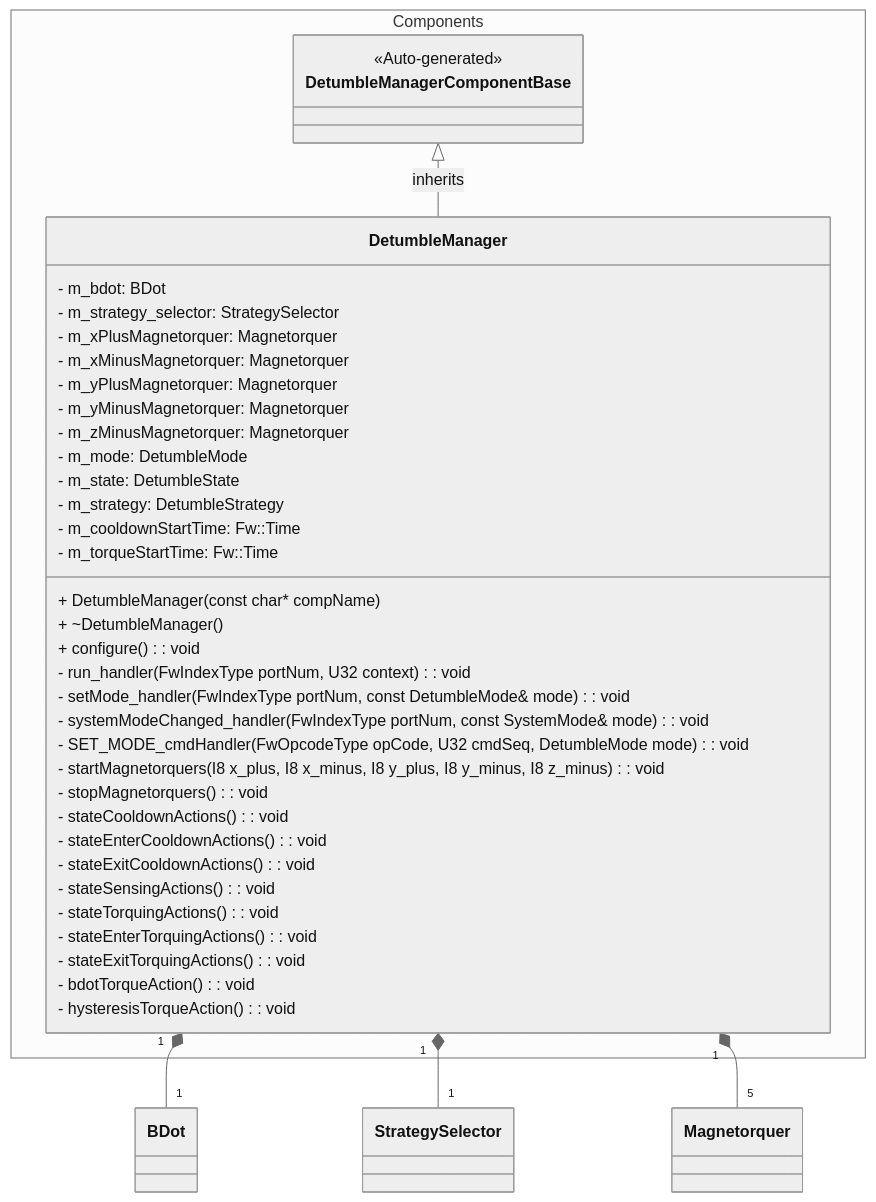
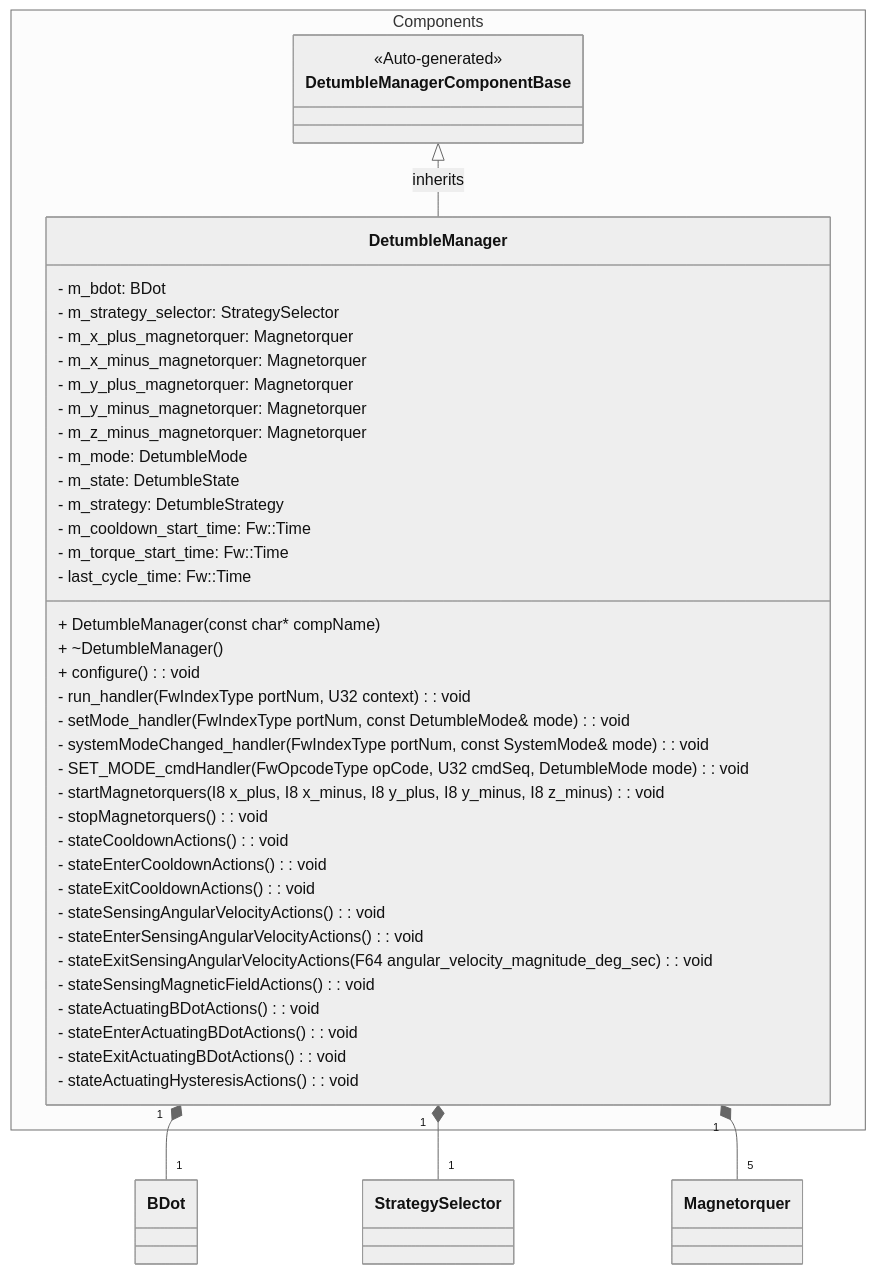
Before and after one commit to Open-Source-Space-Foundation/proves-core-reference: the first of 5 diagrams in FprimeZephyrReference/Components/DetumbleManager/docs/sdd.md, drawn with Mermaid (neutral theme). The commit also changed other lines of this file and 2 other files, not shown here.

````diff
--- a/FprimeZephyrReference/Components/DetumbleManager/docs/sdd.md
+++ b/FprimeZephyrReference/Components/DetumbleManager/docs/sdd.md
@@ -29,45 +32,48 @@
 ```mermaid
 classDiagram
     namespace Components {
         class DetumbleManagerComponentBase {
             <<Auto-generated>>
         }
         class DetumbleManager {
             + DetumbleManager(const char* compName)
             + ~DetumbleManager()
             + configure(): void
             - run_handler(FwIndexType portNum, U32 context): void
             - setMode_handler(FwIndexType portNum, const DetumbleMode& mode): void
             - systemModeChanged_handler(FwIndexType portNum, const SystemMode& mode): void
             - SET_MODE_cmdHandler(FwOpcodeType opCode, U32 cmdSeq, DetumbleMode mode): void
             - startMagnetorquers(I8 x_plus, I8 x_minus, I8 y_plus, I8 y_minus, I8 z_minus): void
             - stopMagnetorquers(): void
             - stateCooldownActions(): void
             - stateEnterCooldownActions(): void
             - stateExitCooldownActions(): void
-            - stateSensingActions(): void
-            - stateTorquingActions(): void
-            - stateEnterTorquingActions(): void
-            - stateExitTorquingActions(): void
-            - bdotTorqueAction(): void
-            - hysteresisTorqueAction(): void
+            - stateSensingAngularVelocityActions(): void
+            - stateEnterSensingAngularVelocityActions(): void
+            - stateExitSensingAngularVelocityActions(F64 angular_velocity_magnitude_deg_sec): void
+            - stateSensingMagneticFieldActions(): void
+            - stateActuatingBDotActions(): void
+            - stateEnterActuatingBDotActions(): void
+            - stateExitActuatingBDotActions(): void
+            - stateActuatingHysteresisActions(): void
             - m_bdot: BDot
             - m_strategy_selector: StrategySelector
-            - m_xPlusMagnetorquer: Magnetorquer
-            - m_xMinusMagnetorquer: Magnetorquer
-            - m_yPlusMagnetorquer: Magnetorquer
-            - m_yMinusMagnetorquer: Magnetorquer
-            - m_zMinusMagnetorquer: Magnetorquer
+            - m_x_plus_magnetorquer: Magnetorquer
+            - m_x_minus_magnetorquer: Magnetorquer
+            - m_y_plus_magnetorquer: Magnetorquer
+            - m_y_minus_magnetorquer: Magnetorquer
+            - m_z_minus_magnetorquer: Magnetorquer
             - m_mode: DetumbleMode
             - m_state: DetumbleState
             - m_strategy: DetumbleStrategy
-            - m_cooldownStartTime: Fw::Time
-            - m_torqueStartTime: Fw::Time
+            - m_cooldown_start_time: Fw::Time
+            - m_torque_start_time: Fw::Time
+            - last_cycle_time: Fw::Time
         }
     }
 
     DetumbleManagerComponentBase <|-- DetumbleManager : inherits
     DetumbleManager "1" *-- "1" BDot
     DetumbleManager "1" *-- "1" StrategySelector
     DetumbleManager "1" *-- "5" Magnetorquer
 ```
````
